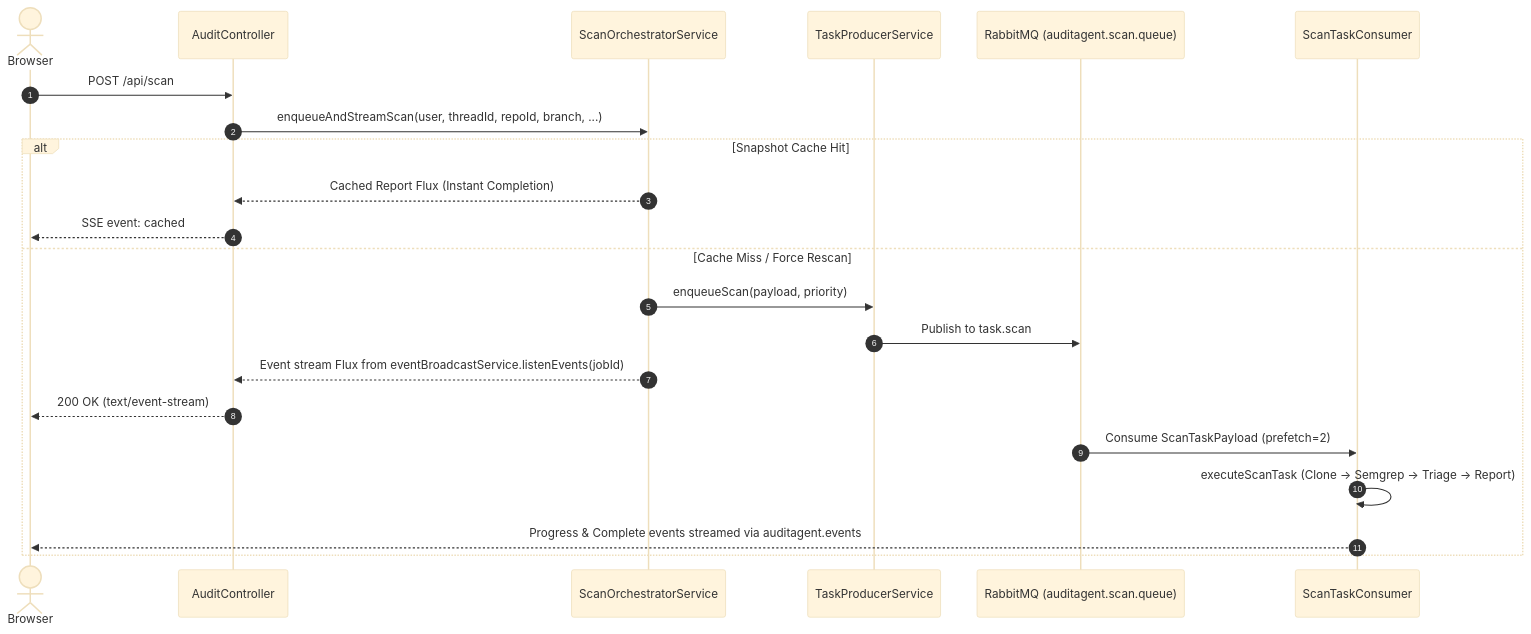
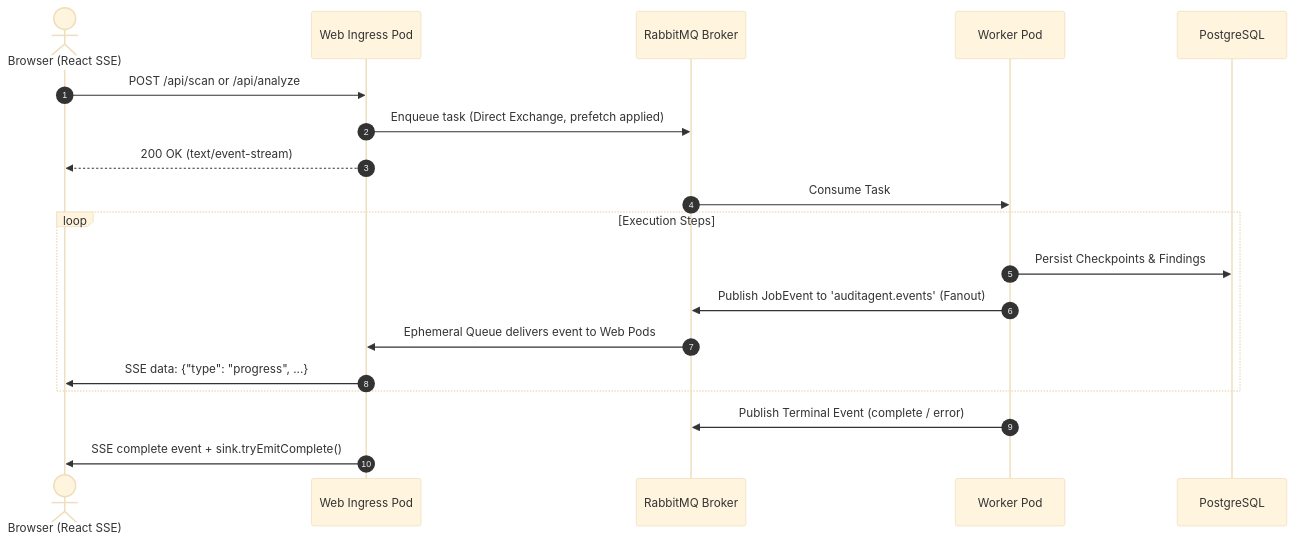
One commit to ezazulhaq/auditagent changed the second of 6 diagrams in doc/19-concurrency-and-realtime-stability-plan.md. Above: the diagram before and after it, drawn with Mermaid (base theme). The commit also changed other lines of this file and 2 other files, not shown here.

Commit message:
docs(architecture): document Phases 2 through 6 with technical specifications and verification checklists

````diff
--- a/doc/19-concurrency-and-realtime-stability-plan.md
+++ b/doc/19-concurrency-and-realtime-stability-plan.md
@@ -175,27 +39,22 @@
 ```mermaid
 sequenceDiagram
     autonumber
-    actor Client as Browser
-    participant Controller as AuditController
-    participant Orchestrator as ScanOrchestratorService
-    participant Producer as TaskProducerService
-    participant RMQ as RabbitMQ (auditagent.scan.queue)
-    participant Worker as ScanTaskConsumer
+    actor Client as Browser (React SSE)
+    participant Web as Web Ingress Pod
+    participant RMQ as RabbitMQ Broker
+    participant Worker as Worker Pod
+    participant DB as PostgreSQL
 
-    Client->>Controller: POST /api/scan
-    Controller->>Orchestrator: enqueueAndStreamScan(user, threadId, repoId, branch, ...)
-    
-    alt Snapshot Cache Hit
-        Orchestrator-->>Controller: Cached Report Flux (Instant Completion)
-        Controller-->>Client: SSE event: cached
-    else Cache Miss / Force Rescan
-        Orchestrator->>Producer: enqueueScan(payload, priority)
-        Producer->>RMQ: Publish to task.scan
-        Orchestrator-->>Controller: Event stream Flux from eventBroadcastService.listenEvents(jobId)
-        Controller-->>Client: 200 OK (text/event-stream)
-        
-        RMQ->>Worker: Consume ScanTaskPayload (prefetch=2)
-        Worker->>Worker: executeScanTask (Clone -> Semgrep -> Triage -> Report)
-        Worker-->>Client: Progress & Complete events streamed via auditagent.events
+    Client->>Web: POST /api/scan or /api/analyze
+    Web->>RMQ: Enqueue task (Direct Exchange, prefetch applied)
+    Web-->>Client: 200 OK (text/event-stream)
+    RMQ->>Worker: Consume Task
+    loop Execution Steps
+        Worker->>DB: Persist Checkpoints & Findings
+        Worker->>RMQ: Publish JobEvent to 'auditagent.events' (Fanout)
+        RMQ->>Web: Ephemeral Queue delivers event to Web Pods
+        Web->>Client: SSE data: {"type": "progress", ...}
     end
+    Worker->>RMQ: Publish Terminal Event (complete / error)
+    Web->>Client: SSE complete event + sink.tryEmitComplete()
 ```
````
